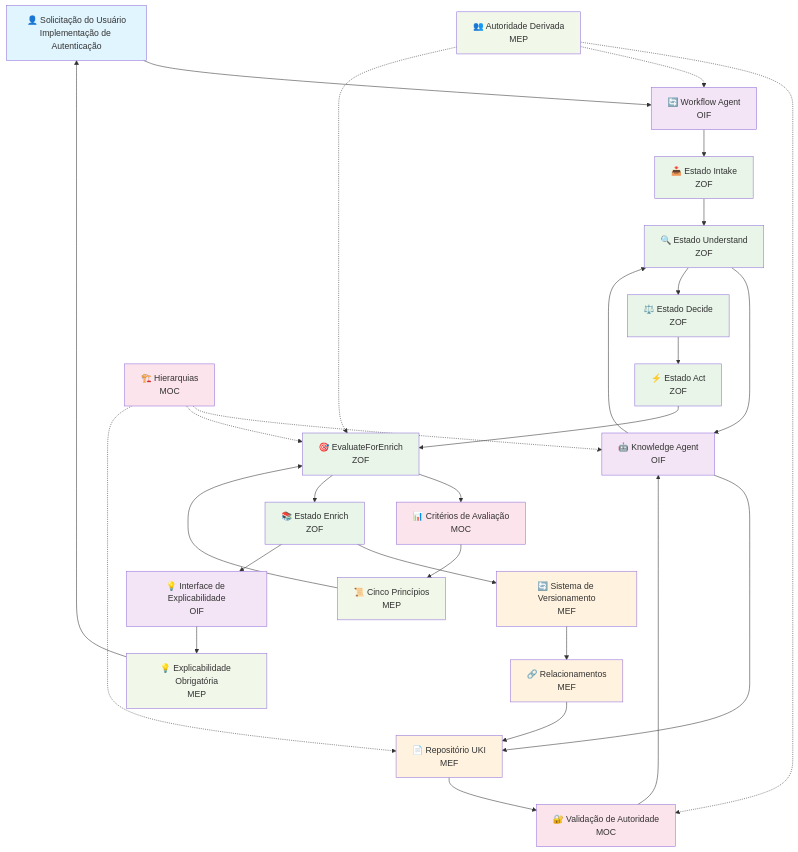
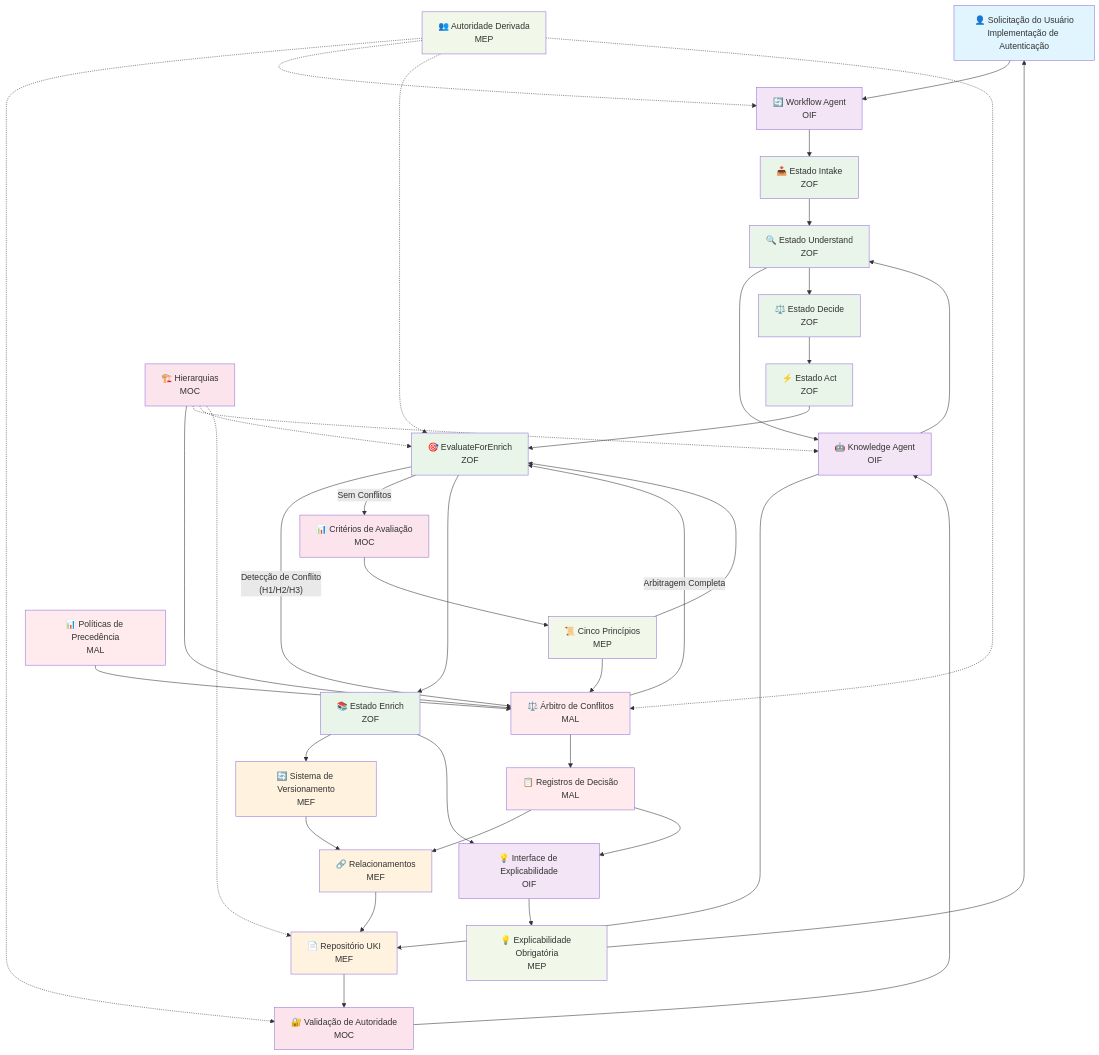
The diagram in MATRIX_PROTOCOL_INTEGRATION_DIAGRAM_PT.md (netomantonio/matrix-protocol), drawn with Mermaid before and after one commit. The commit also changed other lines of this file and 9 other files, not shown here.

````diff
--- a/MATRIX_PROTOCOL_INTEGRATION_DIAGRAM_PT.md
+++ b/MATRIX_PROTOCOL_INTEGRATION_DIAGRAM_PT.md
@@ -82,6 +82,11 @@
     MEP_AUTH[👥 Autoridade Derivada<br/>MEP]
     MEP_EXPL[💡 Explicabilidade Obrigatória<br/>MEP]
     
+    %% Camada MAL - Arbitragem
+    MAL_ARB[⚖️ Árbitro de Conflitos<br/>MAL]
+    MAL_DEC[📋 Registros de Decisão<br/>MAL]
+    MAL_POL[📊 Políticas de Precedência<br/>MAL]
+    
     %% Fluxo de Integração
     User --> OIF_WA
     OIF_WA --> ZOF_INT
@@ -97,9 +102,20 @@
     ZOF_DEC --> ZOF_ACT
     ZOF_ACT --> ZOF_EVL
     
-    ZOF_EVL --> MOC_CRIT
+    %% Fluxo de Arbitragem MAL
+    ZOF_EVL -->|"Detecção de Conflito<br/>(H1/H2/H3)"| MAL_ARB
+    MAL_POL --> MAL_ARB
+    MOC_HIER --> MAL_ARB
+    MEP_PRINC --> MAL_ARB
+    MAL_ARB --> MAL_DEC
+    MAL_DEC --> MEF_REL
+    MAL_DEC --> OIF_EXP
+    
+    %% Continuação do Fluxo Normal
+    ZOF_EVL -->|"Sem Conflitos"| MOC_CRIT
     MOC_CRIT --> MEP_PRINC
     MEP_PRINC --> ZOF_EVL
+    MAL_ARB -->|"Arbitragem Completa"| ZOF_EVL
     
     ZOF_EVL --> ZOF_ENR
     ZOF_ENR --> MEF_VER
@@ -118,6 +134,7 @@
     MEP_AUTH -.-> MOC_AUTH
     MEP_AUTH -.-> OIF_WA
     MEP_AUTH -.-> ZOF_EVL
+    MEP_AUTH -.-> MAL_ARB
     
     %% Estilização
     classDef user fill:#e1f5fe
@@ -126,6 +143,7 @@
     classDef mef fill:#fff3e0
     classDef moc fill:#fce4ec
     classDef mep fill:#f1f8e9
+    classDef mal fill:#ffebee
     
     class User user
     class OIF_KA,OIF_WA,OIF_EXP oif
@@ -133,4 +151,5 @@
     class MEF_UKI,MEF_VER,MEF_REL mef
     class MOC_AUTH,MOC_HIER,MOC_CRIT moc
     class MEP_PRINC,MEP_AUTH,MEP_EXPL mep
+    class MAL_ARB,MAL_DEC,MAL_POL mal
 ```
````
